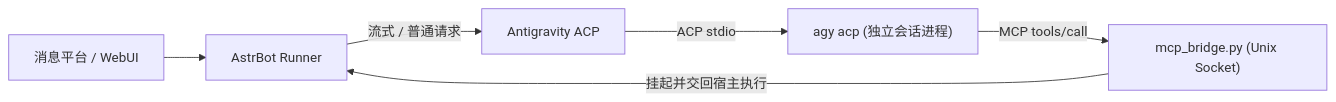
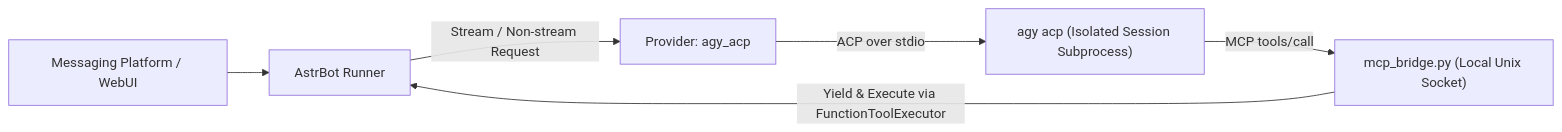
One commit to sl251/astrbot_plugin_antigravity_acp changed the diagram in README.md. Above: the diagram before and after it, drawn with Mermaid. The commit also changed other lines of this file, not shown here.

````diff
--- a/README.md
+++ b/README.md
@@ -15,8 +144,8 @@
 ```mermaid
 flowchart LR
-    U[消息平台 / WebUI] --> R[AstrBot Runner]
-    R -->|流式 / 普通请求| P[Antigravity ACP]
-    P -->|ACP stdio| A["agy acp (独立会话进程)"]
-    A -->|MCP tools/call| B["mcp_bridge.py (Unix Socket)"]
-    B -->|挂起并交回宿主执行| R
+  U[Messaging Platform / WebUI] --> R[AstrBot Runner]
+  R -->|Stream / Non-stream Request| P[Provider: agy_acp]
+  P -->|ACP over stdio| A["agy acp (Isolated Session Subprocess)"]
+  A -->|MCP tools/call| B["mcp_bridge.py (Local Unix Socket)"]
+  B -->|Yield & Execute via FunctionToolExecutor| R
 ```
````
